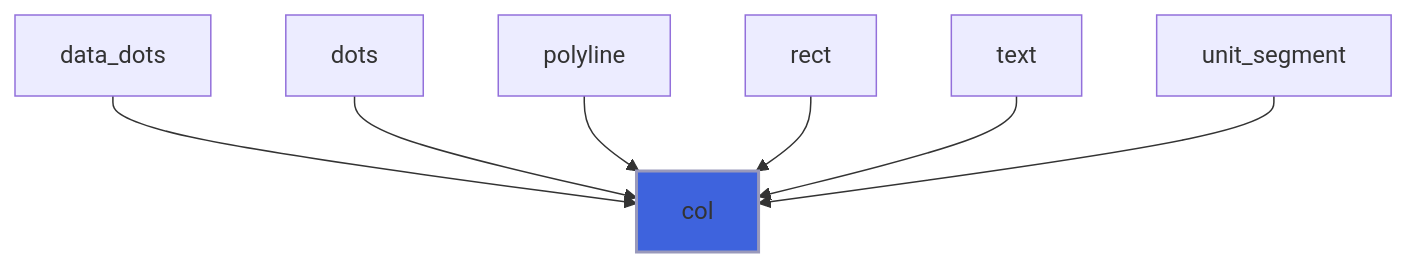
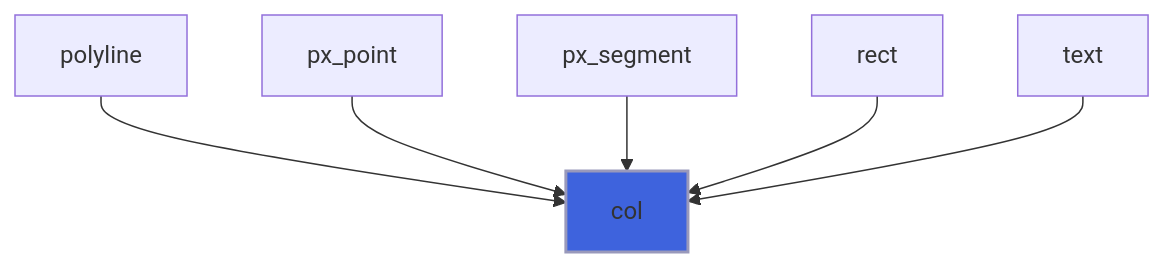
Diagram 25 of 30 in docs/api/src/lib/foresight_backend_dumb.md (szaghi/foresight), drawn with Mermaid before and after one commit. The commit also changed other lines of this file and 97 other files, not shown here.

````diff
--- a/docs/api/src/lib/foresight_backend_dumb.md
+++ b/docs/api/src/lib/foresight_backend_dumb.md
@@ -708,10 +826,9 @@
 ```mermaid
 flowchart TD
-  data_dots["data_dots"] --> col["col"]
-  dots["dots"] --> col["col"]
   polyline["polyline"] --> col["col"]
+  px_point["px_point"] --> col["col"]
+  px_segment["px_segment"] --> col["col"]
   rect["rect"] --> col["col"]
   text["text"] --> col["col"]
-  unit_segment["unit_segment"] --> col["col"]
   style col fill:#3e63dd,stroke:#99b,stroke-width:2px
 ```
````
